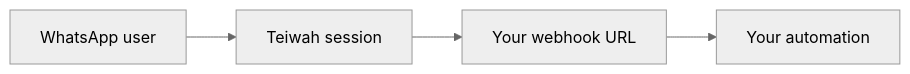
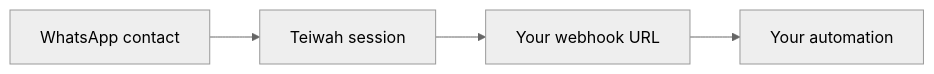
One commit to roman-sh/teiwah-docs changed the diagram in src/content/docs/guides/webhooks.md. Above: the diagram before and after it, drawn with Mermaid (neutral theme). The commit also changed other lines of this file and 8 other files, not shown here.

````diff
--- a/src/content/docs/guides/webhooks.md
+++ b/src/content/docs/guides/webhooks.md
@@ -8,6 +9,6 @@
 ```mermaid
 flowchart LR
-  WA[WhatsApp user] --> T[Teiwah session]
+  WA[WhatsApp contact] --> T[Teiwah session]
   T --> H[Your webhook URL]
   H --> A[Your automation]
 ```
````
